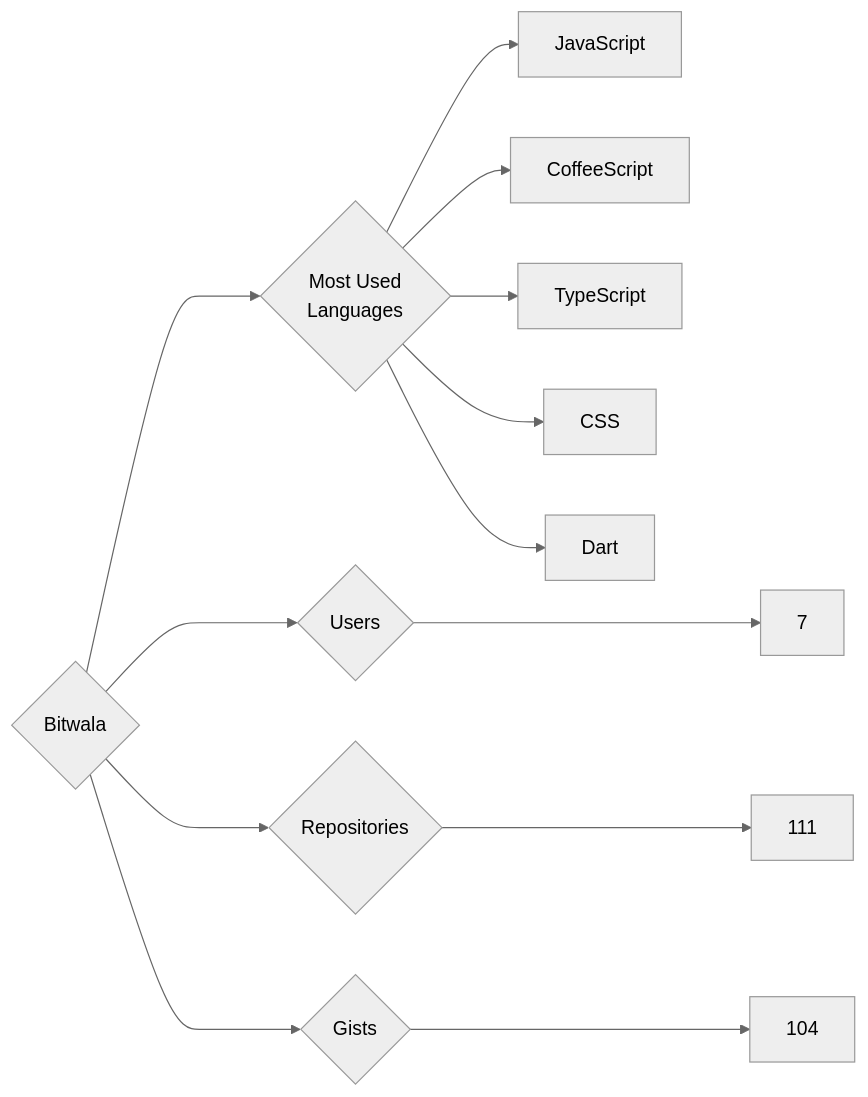
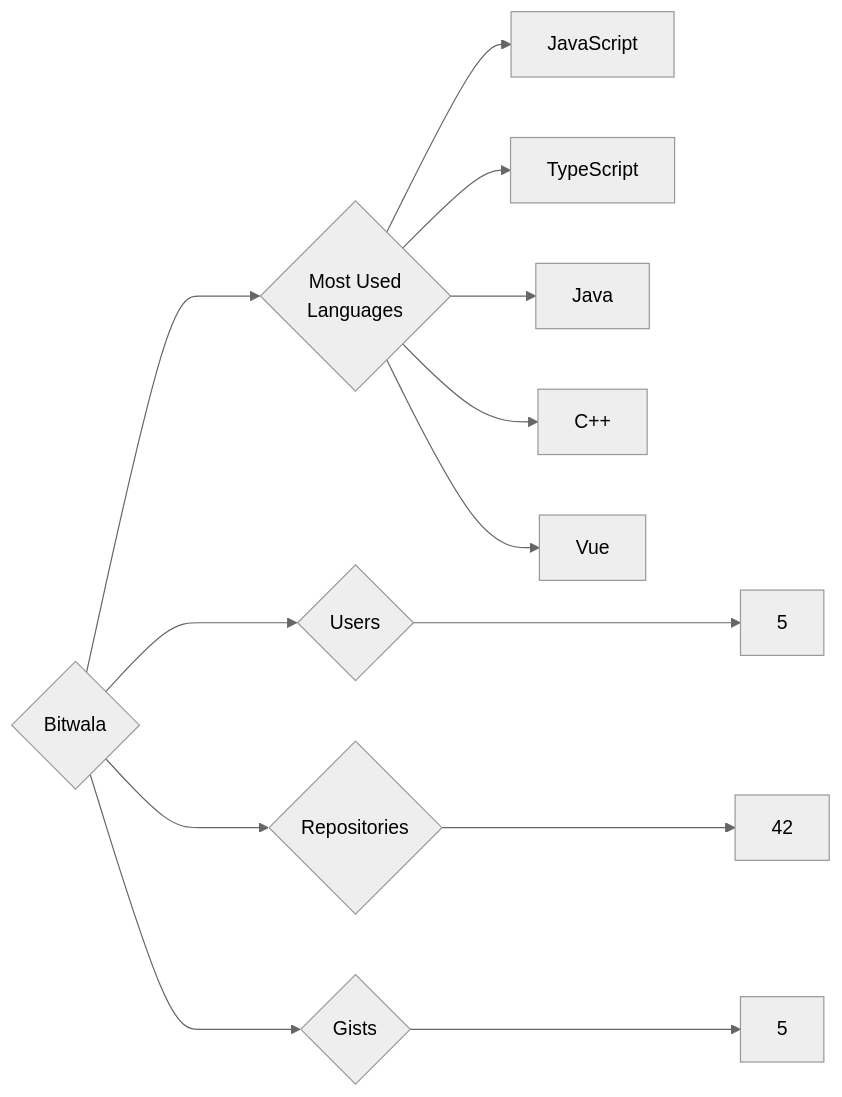
The diagram in targets/Bitwala/README.md (trickest/insiders), drawn with Mermaid (neutral theme) before and after one commit. The commit also changed 934 other files, not shown here.

````diff
--- a/targets/Bitwala/README.md
+++ b/targets/Bitwala/README.md
@@ -3,13 +3,13 @@
 ```mermaid
 graph LR
 COMPANY_NAME{Bitwala}
-COMPANY_NAME ---> U{Users} ---> UN[7]
-COMPANY_NAME ---> R{Repositories} ---> RN[111]
-COMPANY_NAME ---> G{Gists} ---> GN[104]
+COMPANY_NAME ---> U{Users} ---> UN[5]
+COMPANY_NAME ---> R{Repositories} ---> RN[42]
+COMPANY_NAME ---> G{Gists} ---> GN[5]
 COMPANY_NAME ---> ML{Most Used<br>Languages}
 ML --> JavaScript[JavaScript]
-ML --> CoffeeScript[CoffeeScript]
 ML --> TypeScript[TypeScript]
-ML --> CSS[CSS]
-ML --> Dart[Dart]
+ML --> Java[Java]
+ML --> C++[C++]
+ML --> Vue[Vue]
 ```
````
